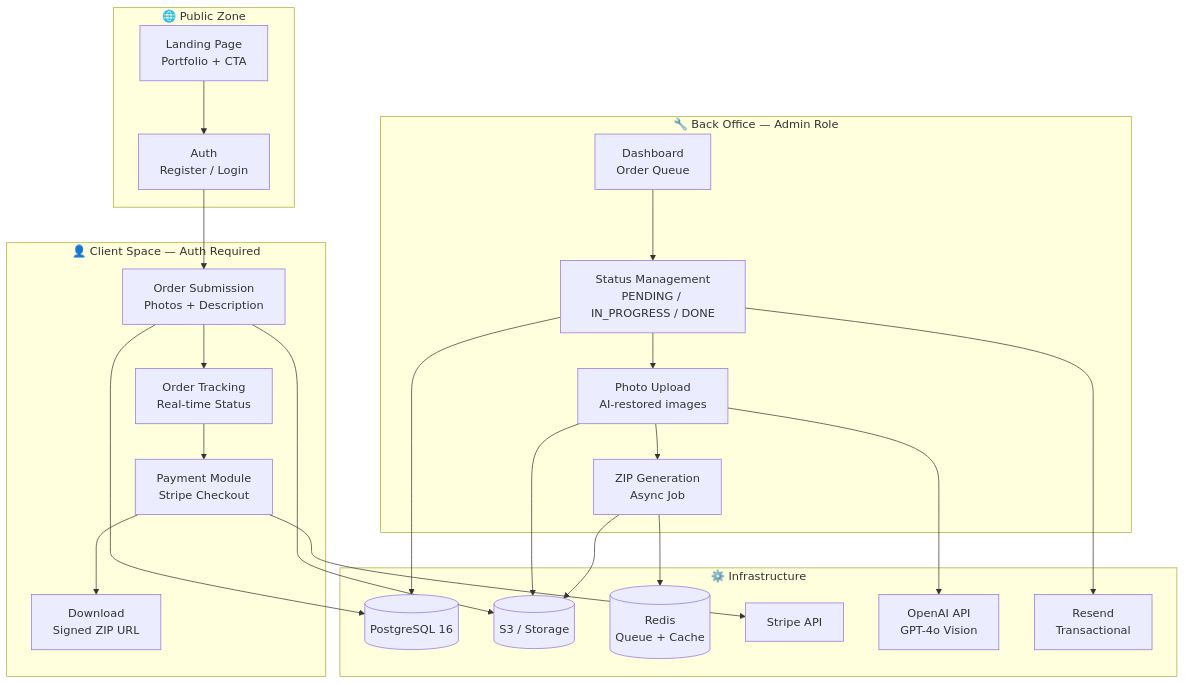
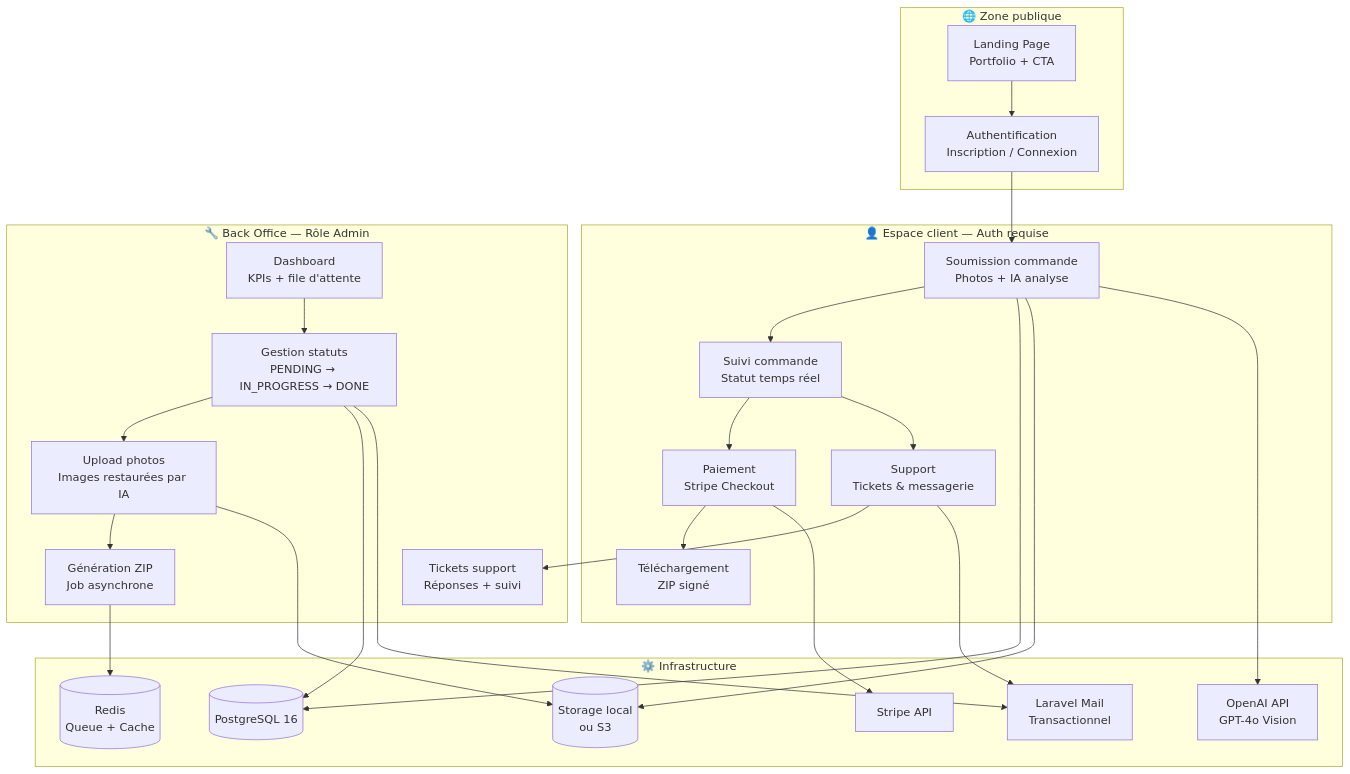
The first of 2 diagrams in README.md (zyrass/OmnyRestore), drawn with Mermaid before and after one commit. The commit also changed other lines of this file, not shown here.

First line of the commit message:
docs(readme): mise a jour v0.4.1 - session support/upload/admin

````diff
--- a/README.md
+++ b/README.md
@@ -54,43 +55,46 @@
 ```mermaid
 graph TB
-    subgraph PUBLIC["🌐 Public Zone"]
+    subgraph PUBLIC["🌐 Zone publique"]
         V[Landing Page<br/>Portfolio + CTA]
-        AUTH[Auth<br/>Register / Login]
+        AUTH[Authentification<br/>Inscription / Connexion]
     end
 
-    subgraph CLIENT["👤 Client Space — Auth Required"]
-        DC[Order Submission<br/>Photos + Description]
-        SUIVI[Order Tracking<br/>Real-time Status]
-        PAY[Payment Module<br/>Stripe Checkout]
-        DL[Download<br/>Signed ZIP URL]
+    subgraph CLIENT["👤 Espace client — Auth requise"]
+        DC[Soumission commande<br/>Photos + IA analyse]
+        SUIVI[Suivi commande<br/>Statut temps réel]
+        TICKET[Support<br/>Tickets & messagerie]
+        PAY[Paiement<br/>Stripe Checkout]
+        DL[Téléchargement<br/>ZIP signé]
     end
 
-    subgraph ADMIN["🔧 Back Office — Admin Role"]
-        DASH[Dashboard<br/>Order Queue]
-        GES[Status Management<br/>PENDING / IN_PROGRESS / DONE]
-        UPLOAD[Photo Upload<br/>AI-restored images]
-        ZIP_GEN[ZIP Generation<br/>Async Job]
+    subgraph ADMIN["🔧 Back Office — Rôle Admin"]
+        DASH[Dashboard<br/>KPIs + file d'attente]
+        GES[Gestion statuts<br/>PENDING → IN_PROGRESS → DONE]
+        UPLOAD[Upload photos<br/>Images restaurées par IA]
+        TICKETS_ADM[Tickets support<br/>Réponses + suivi]
+        ZIP_GEN[Génération ZIP<br/>Job asynchrone]
     end
 
     subgraph INFRA["⚙️ Infrastructure"]
         DB[(PostgreSQL 16)]
-        S3[(S3 / Storage)]
+        STORAGE[(Storage local<br/>ou S3)]
         REDIS[(Redis<br/>Queue + Cache)]
         STRIPE_API[Stripe API]
         AI[OpenAI API<br/>GPT-4o Vision]
-        MAIL[Resend<br/>Transactional]
+        MAIL[Laravel Mail<br/>Transactionnel]
     end
 
     V --> AUTH --> DC --> SUIVI --> PAY --> DL
+    SUIVI --> TICKET --> TICKETS_ADM
     DASH --> GES --> UPLOAD --> ZIP_GEN
 
     DC --> DB
-    DC --> S3
+    DC --> STORAGE
     GES --> DB
-    UPLOAD --> S3
+    UPLOAD --> STORAGE
     ZIP_GEN --> REDIS
     PAY --> STRIPE_API
-    UPLOAD --> AI
+    DC --> AI
     GES --> MAIL
-    ZIP_GEN --> S3
+    TICKET --> MAIL
 ```
````
